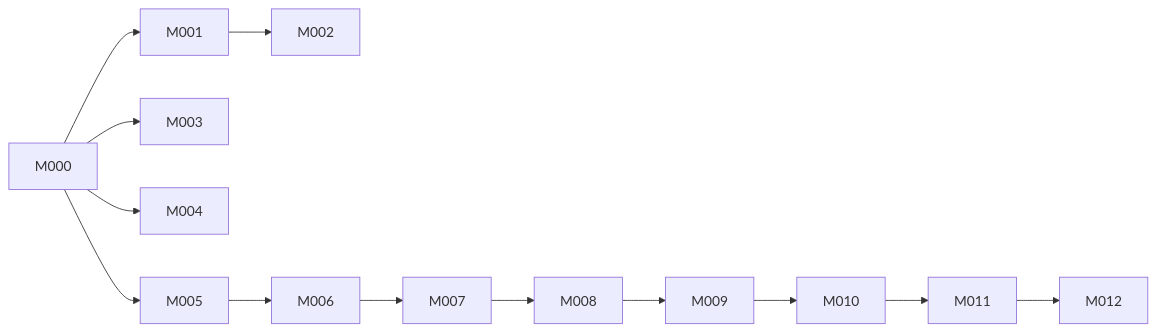
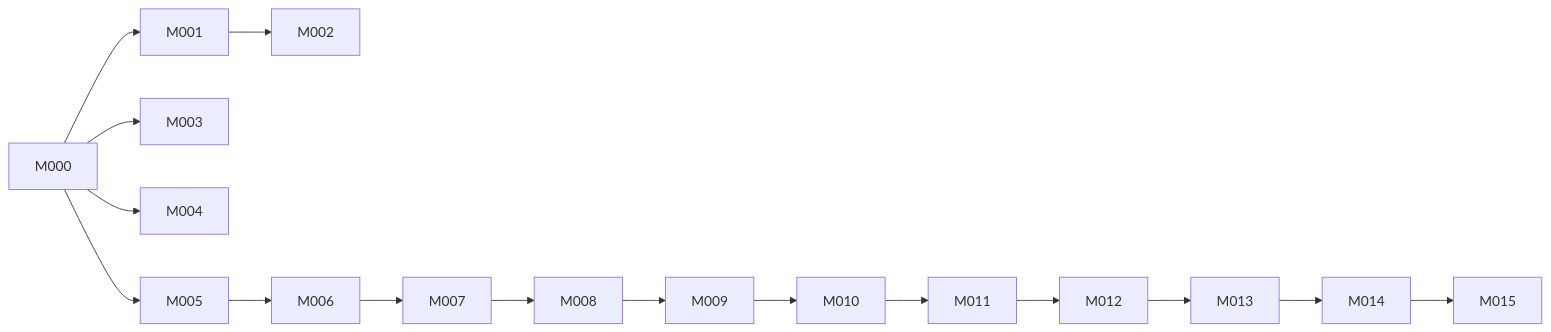
Before and after one commit to eskobar95/mercflow: the diagram in .factory/planning/milestones.md, drawn with Mermaid. The commit also changed other lines of this file and 4 other files, not shown here.

````diff
--- a/.factory/planning/milestones.md
+++ b/.factory/planning/milestones.md
@@ -411,15 +488,18 @@
 ```mermaid
 flowchart LR
   M000 --> M001
   M000 --> M003
   M000 --> M004
   M000 --> M005
   M001 --> M002
   M005 --> M006
   M006 --> M007
   M007 --> M008
   M008 --> M009
   M009 --> M010
   M010 --> M011
   M011 --> M012
+  M012 --> M013
+  M013 --> M014
+  M014 --> M015
 ```
````
